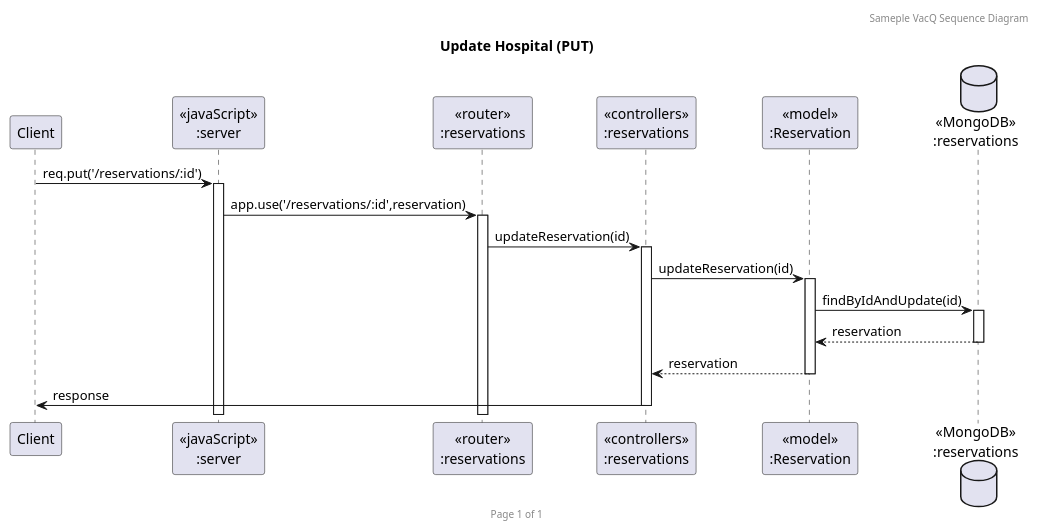
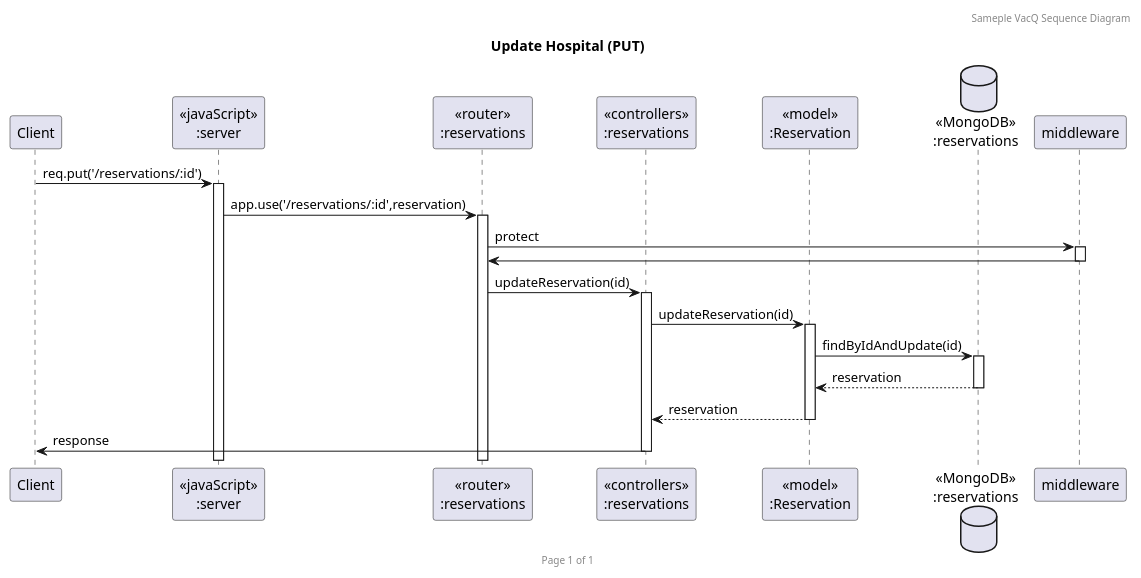
One commit to GavinITP/co-working-space-reservation changed the diagram in uml/coWorking_reservation_put.puml. Above: the diagram before and after it, drawn with PlantUML. The commit also changed 4 other files, not shown here.

Commit message:
reservation sequence fix

```diff
--- a/uml/coWorking_reservation_put.puml
+++ b/uml/coWorking_reservation_put.puml
@@ -1,23 +1,25 @@
 @startuml Update Hospital (PUT)
 
 header Sameple VacQ Sequence Diagram
 footer Page %page% of %lastpage%
 title "Update Hospital (PUT)"
 
 participant "Client" as client
 participant "<<javaScript>>\n:server" as server
 participant "<<router>>\n:reservations" as routerReservation
 participant "<<controllers>>\n:reservations" as controllersReservation
 participant "<<model>>\n:Reservation" as modelReservation
 database "<<MongoDB>>\n:reservations" as ReservationDatabase
 
 client->server ++:req.put('/reservations/:id')
 server->routerReservation ++:app.use('/reservations/:id',reservation)
+routerReservation -> middleware ++: protect
+middleware -> routerReservation --: 
 routerReservation -> controllersReservation ++:updateReservation(id)
 controllersReservation->modelReservation ++:updateReservation(id)
 modelReservation ->ReservationDatabase ++: findByIdAndUpdate(id)
 ReservationDatabase --> modelReservation --: reservation
 controllersReservation <-- modelReservation --: reservation
 controllersReservation->client --:response
 
 @enduml
```
